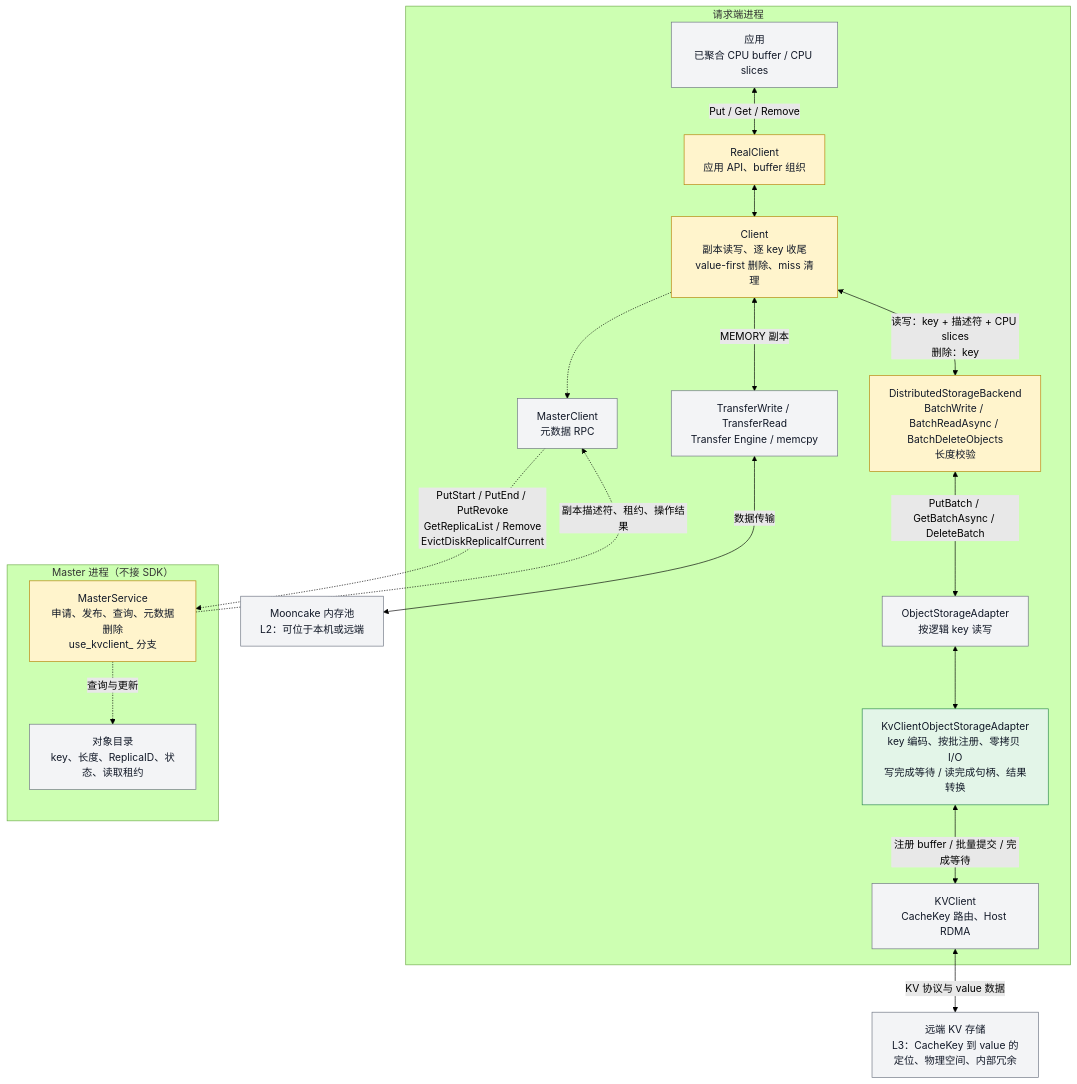
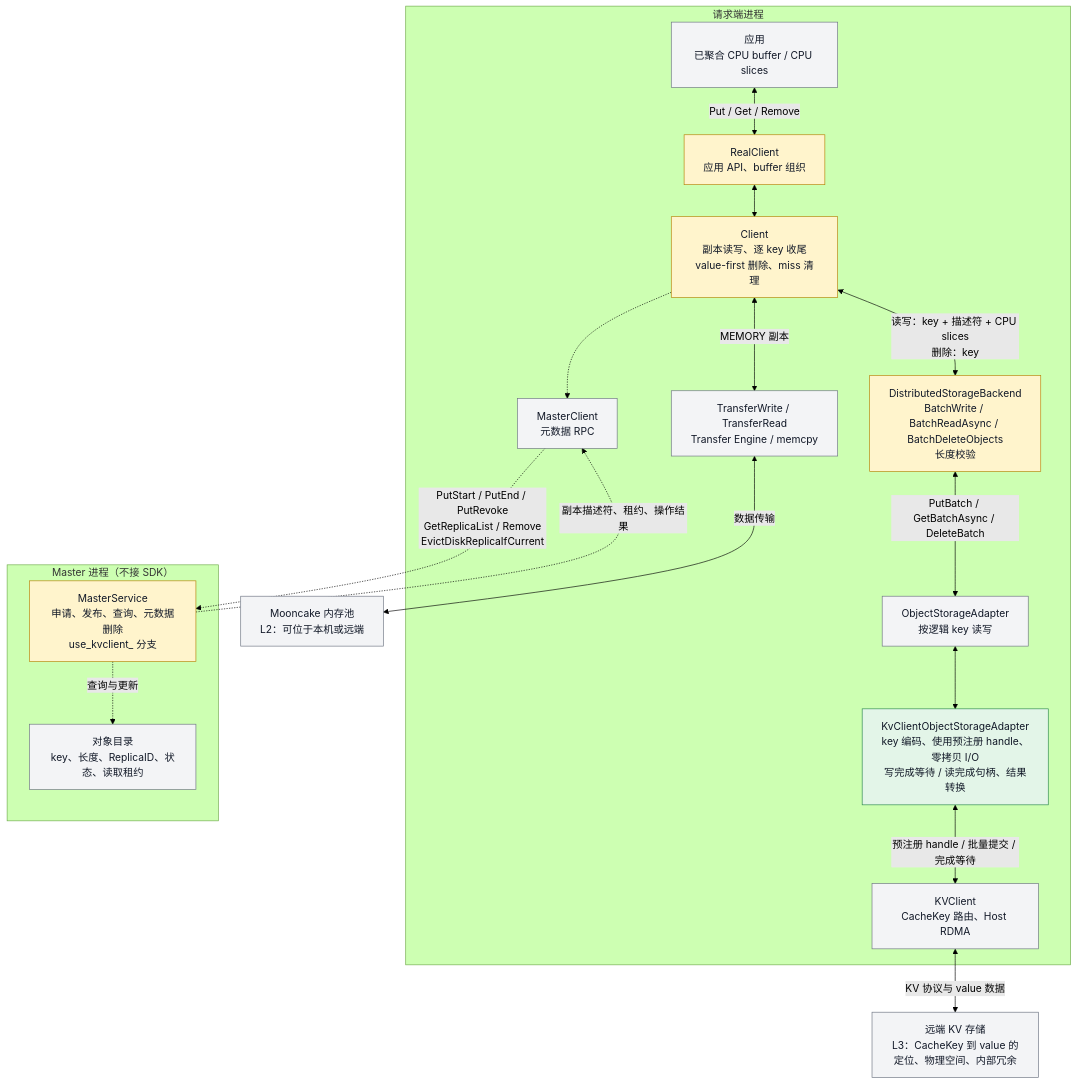
The first of 13 diagrams in Mooncake + KVClient L3 接入（Kvcs）- v3.md (zwj20000328-dotcom/Mooncake-documents), drawn with Mermaid (forest theme) before and after one commit. The commit also changed other lines of this file and 2 other files, not shown here.

First line of the commit message:
docs: move kvclient buffer registration to caller-owned handles

````diff
--- a/Mooncake + KVClient L3 接入（Kvcs）- v3.md
+++ b/Mooncake + KVClient L3 接入（Kvcs）- v3.md
@@ -71,45 +71,45 @@
 ```mermaid
 flowchart TB
     subgraph Request["请求端进程"]
         A["应用<br/>已聚合 CPU buffer / CPU slices"]
         R["RealClient<br/>应用 API、buffer 组织"]
         C["Client<br/>副本读写、逐 key 收尾<br/>value-first 删除、miss 清理"]
         RPC["MasterClient<br/>元数据 RPC"]
         TE["TransferWrite / TransferRead<br/>Transfer Engine / memcpy"]
         B["DistributedStorageBackend<br/>BatchWrite / BatchReadAsync / BatchDeleteObjects<br/>长度校验"]
         O["ObjectStorageAdapter<br/>按逻辑 key 读写"]
-        K["KvClientObjectStorageAdapter<br/>key 编码、按批注册、零拷贝 I/O<br/>写完成等待 / 读完成句柄、结果转换"]
+        K["KvClientObjectStorageAdapter<br/>key 编码、使用预注册 handle、零拷贝 I/O<br/>写完成等待 / 读完成句柄、结果转换"]
         SDK["KVClient<br/>CacheKey 路由、Host RDMA"]
 
         A <-->|"Put / Get / Remove"| R
         R <--> C
         C -.-> RPC
         C <-->|"MEMORY 副本"| TE
         C <-->|"读写：key + 描述符 + CPU slices<br/>删除：key"| B
         B <-->|"PutBatch / GetBatchAsync / DeleteBatch"| O
         O <--> K
-        K <-->|"注册 buffer / 批量提交 / 完成等待"| SDK
+        K <-->|"预注册 handle / 批量提交 / 完成等待"| SDK
     end
 
     subgraph Master["Master 进程（不接 SDK）"]
         M["MasterService<br/>申请、发布、查询、元数据删除<br/>use_kvclient_ 分支"]
         META["对象目录<br/>key、长度、ReplicaID、状态、读取租约"]
 
         M -.->|"查询与更新"| META
     end
 
     RAM["Mooncake 内存池<br/>L2：可位于本机或远端"]
     S["远端 KV 存储<br/>L3：CacheKey 到 value 的定位、物理空间、内部冗余"]
 
     RPC -.->|"PutStart / PutEnd / PutRevoke<br/>GetReplicaList / Remove<br/>EvictDiskReplicaIfCurrent"| M
     M -.->|"副本描述符、租约、操作结果"| RPC
     TE <-->|"数据传输"| RAM
     SDK <-->|"KV 协议与 value 数据"| S
 
     classDef existing fill:#f3f4f6,stroke:#6b7280,color:#111827;
     classDef changed fill:#fff4cc,stroke:#b58105,color:#111827;
     classDef added fill:#e3f5e8,stroke:#28864b,color:#111827;
     class A,RPC,TE,O,META,RAM,S,SDK existing;
     class R,C,B,M changed;
     class K added;
 ```
````
